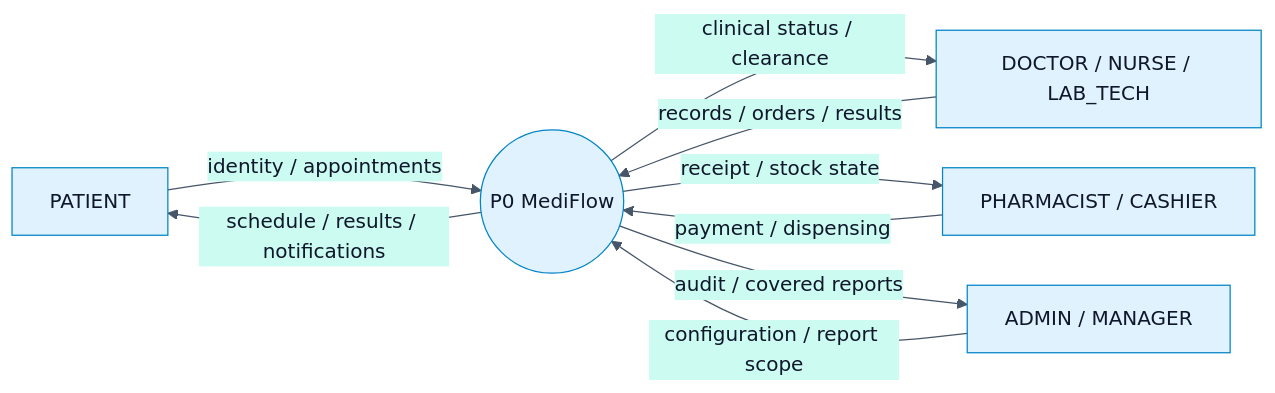
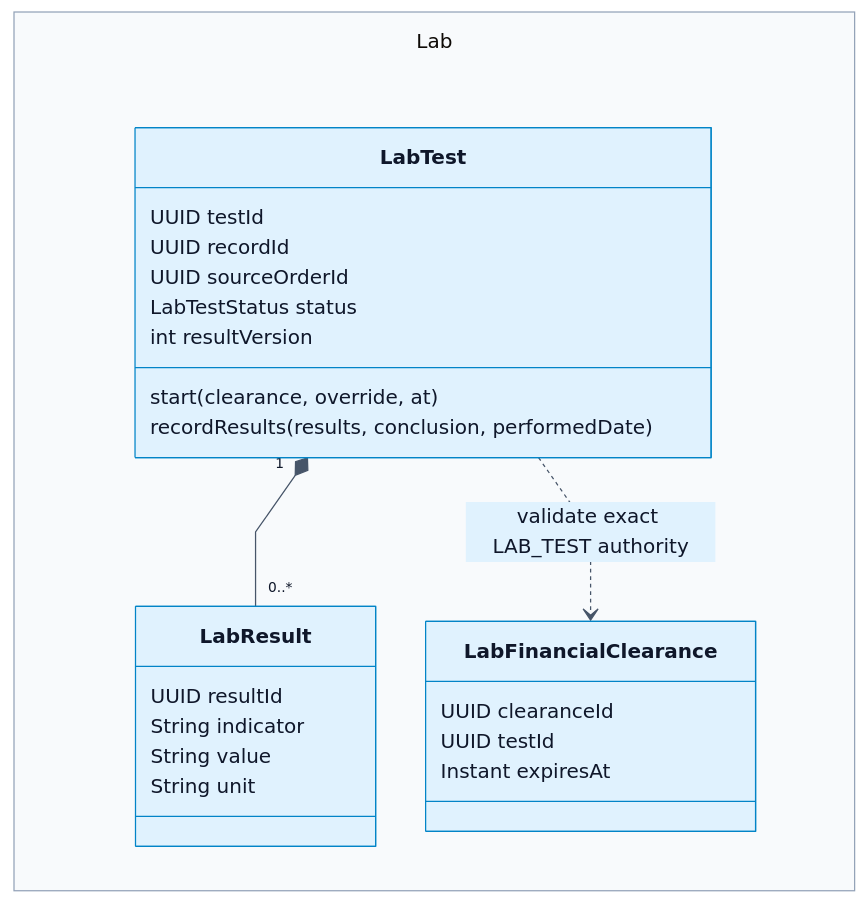
Before and after one commit to Dangvinh77/MediFlow: diagram 22 of 41 in docs/monitor_proj_progress/02-giai-doan-2-thiet-ke-giao-dien-tieu-chuan/review-2/01-review-2-standard-en.md, drawn with Mermaid. The commit also changed other lines of this file and 896 other files, not shown here.

Commit message:
docs(review2): align diagrams with supervisor feedback

````diff
--- a/docs/monitor_proj_progress/02-giai-doan-2-thiet-ke-giao-dien-tieu-chuan/review-2/01-review-2-standard-en.md
+++ b/docs/monitor_proj_progress/02-giai-doan-2-thiet-ke-giao-dien-tieu-chuan/review-2/01-review-2-standard-en.md
@@ -1093,12 +1114,29 @@
 ```mermaid
-%%{init: {"theme": "base", "securityLevel": "loose", "fontFamily": "Arial, sans-serif", "themeVariables": {"primaryColor": "#e0f2fe", "primaryTextColor": "#0f172a", "primaryBorderColor": "#0284c7", "lineColor": "#475569", "secondaryColor": "#ccfbf1", "tertiaryColor": "#f1f5f9", "background": "#ffffff", "mainBkg": "#e0f2fe", "nodeBorder": "#0284c7", "clusterBkg": "#f8fafc", "clusterBorder": "#94a3b8", "actorBkg": "#e0f2fe", "actorBorder": "#0284c7", "actorTextColor": "#0f172a", "signalColor": "#475569", "signalTextColor": "#0f172a", "labelBoxBkgColor": "#f1f5f9", "labelBoxBorderColor": "#94a3b8", "activationBkgColor": "#ccfbf1", "activationBorderColor": "#0f766e", "sequenceNumberColor": "#ffffff", "attributeBackgroundColorOdd": "#ffffff", "attributeBackgroundColorEven": "#f0f9ff"}, "flowchart": {"htmlLabels": true, "curve": "basis", "nodeSpacing": 30, "rankSpacing": 50}, "sequence": {"useMaxWidth": true, "wrap": true}, "er": {"useMaxWidth": true}}}%%
-flowchart LR
- PA["PATIENT"] -->|identity / appointments| P0(("P0 MediFlow"))
- P0 -->|schedule / results / notifications| PA
- ST["DOCTOR / NURSE / LAB_TECH"] -->|records / orders / results| P0
- P0 -->|clinical status / clearance| ST
- PC["PHARMACIST / CASHIER"] -->|payment / dispensing| P0
- P0 -->|receipt / stock state| PC
- MA["ADMIN / MANAGER"] -->|configuration / report scope| P0
- P0 -->|audit / covered reports| MA
+%%{init: {"theme": "base", "securityLevel": "loose", "fontFamily": "Arial, sans-serif", "themeVariables": {"primaryColor": "#e0f2fe", "primaryTextColor": "#0f172a", "primaryBorderColor": "#0284c7", "lineColor": "#475569", "secondaryColor": "#ccfbf1", "tertiaryColor": "#f1f5f9", "background": "#ffffff", "mainBkg": "#e0f2fe", "nodeBorder": "#0284c7", "clusterBkg": "#f8fafc", "clusterBorder": "#94a3b8", "actorBkg": "#e0f2fe", "actorBorder": "#0284c7", "actorTextColor": "#0f172a", "signalColor": "#475569", "signalTextColor": "#0f172a", "labelBoxBkgColor": "#f1f5f9", "labelBoxBorderColor": "#94a3b8", "activationBkgColor": "#ccfbf1", "activationBorderColor": "#0f766e", "sequenceNumberColor": "#ffffff", "attributeBackgroundColorOdd": "#ffffff", "attributeBackgroundColorEven": "#f0f9ff"}, "flowchart": {"htmlLabels": true, "curve": "linear", "nodeSpacing": 40, "rankSpacing": 46, "subGraphTitleMargin": {"top": 12, "bottom": 45}}, "sequence": {"useMaxWidth": true, "wrap": true, "actorMargin": 55, "width": 175, "messageMargin": 30, "mirrorActors": false}, "er": {"useMaxWidth": true}, "maxTextSize": 2000000, "class": {"nodeSpacing": 30, "rankSpacing": 55}}}%%
+classDiagram
+ direction LR
+ namespace Lab {
+  class LabTest {
+   UUID testId
+   UUID recordId
+   UUID sourceOrderId
+   LabTestStatus status
+   int resultVersion
+   start(clearance, override, at)
+   recordResults(results, conclusion, performedDate)
+  }
+  class LabResult {
+   UUID resultId
+   String indicator
+   String value
+   String unit
+  }
+  class LabFinancialClearance {
+   UUID clearanceId
+   UUID testId
+   Instant expiresAt
+  }
+ }
+ LabTest "1" *-- "0..*" LabResult
+ LabTest ..> LabFinancialClearance : validate exact LAB_TEST authority
 ```
````
